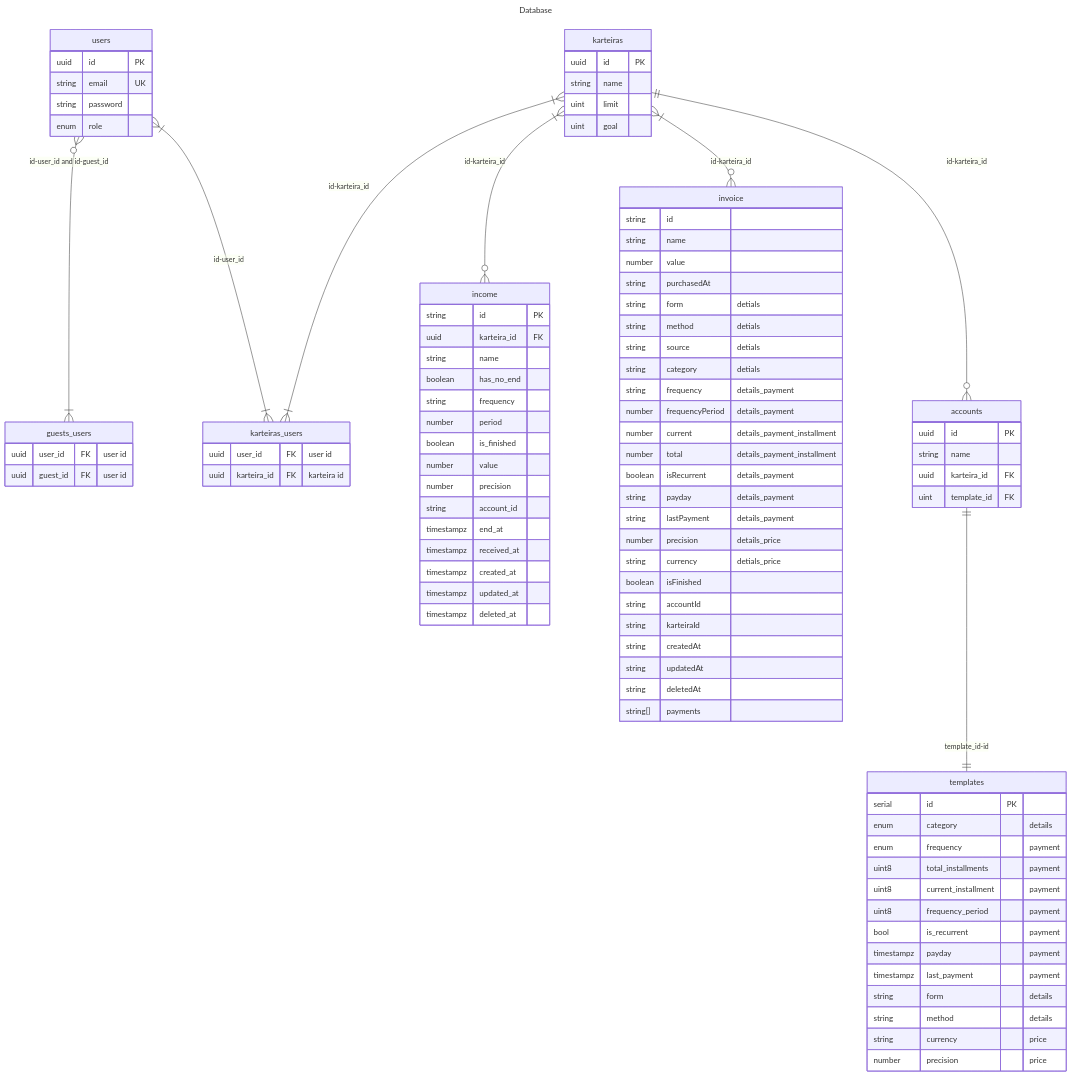
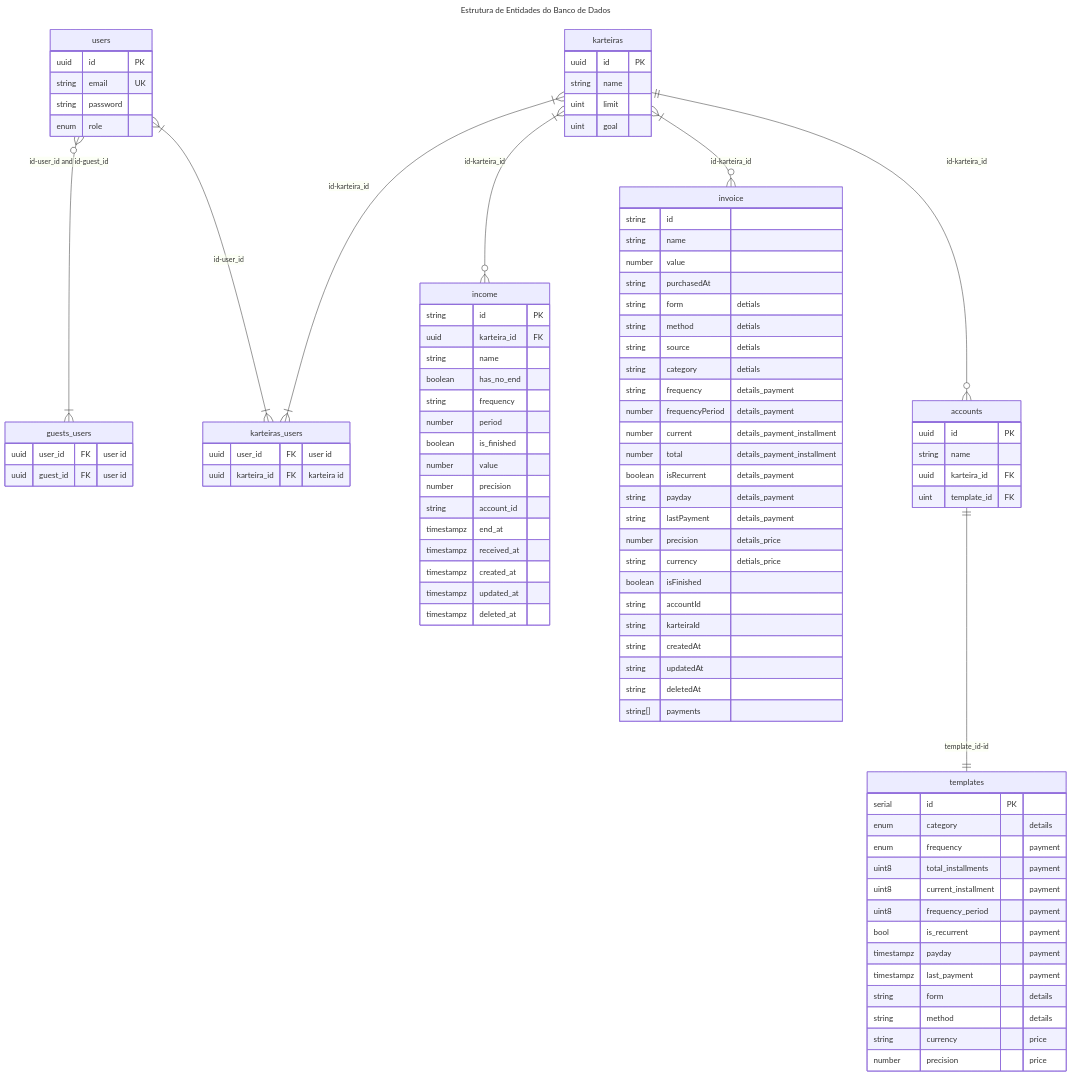
The second of 2 diagrams in README.md (oxechicao/cara-suja), drawn with Mermaid before and after one commit. The commit also changed other lines of this file and 53 other files, not shown here.

````diff
--- a/README.md
+++ b/README.md
@@ -25,106 +73,106 @@
 ```mermaid
 ---
-title: Database
+title: Estrutura de Entidades do Banco de Dados
 ---
 
 erDiagram
-    users many(0) -- many(1) guests_users: "id-user_id and id-guest_id"
-    users many(1) -- many(1) karteiras_users: id-user_id
-    karteiras many(1) -- many(1) karteiras_users: id-karteira_id
-    karteiras many(1) -- many(0) income: id-karteira_id
-    karteiras many(1) -- many(0) invoice: id-karteira_id
-    karteiras one to many accounts: id-karteira_id
-    accounts one to one templates: template_id-id
+  users many(0) -- many(1) guests_users: "id-user_id and id-guest_id"
+  users many(1) -- many(1) karteiras_users: id-user_id
+  karteiras many(1) -- many(1) karteiras_users: id-karteira_id
+  karteiras many(1) -- many(0) income: id-karteira_id
+  karteiras many(1) -- many(0) invoice: id-karteira_id
+  karteiras one to many accounts: id-karteira_id
+  accounts one to one templates: template_id-id
 
-    users {
-        uuid id PK
-        string email UK
-        string password
-        enum role
-    }
+  users {
+    uuid id PK
+    string email UK
+    string password
+    enum role
+  }
 
-    guests_users {
-        uuid user_id FK "user id"
-        uuid guest_id FK "user id"
-    }
+  guests_users {
+    uuid user_id FK "user id"
+    uuid guest_id FK "user id"
+  }
 
-    karteiras {
-        uuid id PK
-        string name
-        uint limit
-        uint goal
-    }
+  karteiras {
+    uuid id PK
+    string name
+    uint limit
+    uint goal
+  }
 
-    karteiras_users {
-        uuid user_id FK "user id"
-        uuid karteira_id FK "karteira id"
-    }
+  karteiras_users {
+    uuid user_id FK "user id"
+    uuid karteira_id FK "karteira id"
+  }
 
-    accounts {
-        uuid id PK
-        string name
-        uuid karteira_id FK
-        uint template_id FK
-    }
+  accounts {
+    uuid id PK
+    string name
+    uuid karteira_id FK
+    uint template_id FK
+  }
 
-    templates {
-        serial id PK
-        enum category "details"
-        enum frequency "payment"
-        uint8 total_installments "payment"
-        uint8 current_installment "payment"
-        uint8 frequency_period "payment"
-        bool is_recurrent "payment"
-        timestampz payday "payment"
-        timestampz last_payment "payment"
-        string form "details"
-        string method "details"
-        string currency "price"
-        number precision "price"
-    }
+  templates {
+    serial id PK
+    enum category "details"
+    enum frequency "payment"
+    uint8 total_installments "payment"
+    uint8 current_installment "payment"
+    uint8 frequency_period "payment"
+    bool is_recurrent "payment"
+    timestampz payday "payment"
+    timestampz last_payment "payment"
+    string form "details"
+    string method "details"
+    string currency "price"
+    number precision "price"
+  }
 
-    income {
-        string id PK
-        uuid karteira_id FK
-        string name
-        boolean has_no_end
-        string frequency
-        number period
-        boolean is_finished
-        number value
-        number precision
-        string account_id
-        timestampz end_at
-        timestampz received_at
-        timestampz created_at
-        timestampz updated_at
-        timestampz deleted_at
-    }
+  income {
+    string id PK
+    uuid karteira_id FK
+    string name
+    boolean has_no_end
+    string frequency
+    number period
+    boolean is_finished
+    number value
+    number precision
+    string account_id
+    timestampz end_at
+    timestampz received_at
+    timestampz created_at
+    timestampz updated_at
+    timestampz deleted_at
+  }
 
-    invoice {
-        string id
-        string name
-        number value
-        string purchasedAt
-        string form "detials"
-        string method "detials"
-        string source "detials"
-        string category "detials"
-        string frequency "details_payment"
-        number frequencyPeriod "details_payment"
-        number current "details_payment_installment"
-        number total "details_payment_installment"
-        boolean isRecurrent "details_payment"
-        string payday "details_payment"
-        string lastPayment "details_payment"
-        number precision "details_price"
-        string currency "detials_price"
-        boolean isFinished
-        string accountId
-        string karteiraId
-        string createdAt
-        string updatedAt
-        string deletedAt
-        string[] payments
-    }
+  invoice {
+    string id
+    string name
+    number value
+    string purchasedAt
+    string form "detials"
+    string method "detials"
+    string source "detials"
+    string category "detials"
+    string frequency "details_payment"
+    number frequencyPeriod "details_payment"
+    number current "details_payment_installment"
+    number total "details_payment_installment"
+    boolean isRecurrent "details_payment"
+    string payday "details_payment"
+    string lastPayment "details_payment"
+    number precision "details_price"
+    string currency "detials_price"
+    boolean isFinished
+    string accountId
+    string karteiraId
+    string createdAt
+    string updatedAt
+    string deletedAt
+    string[] payments
+  }
 ```
````
